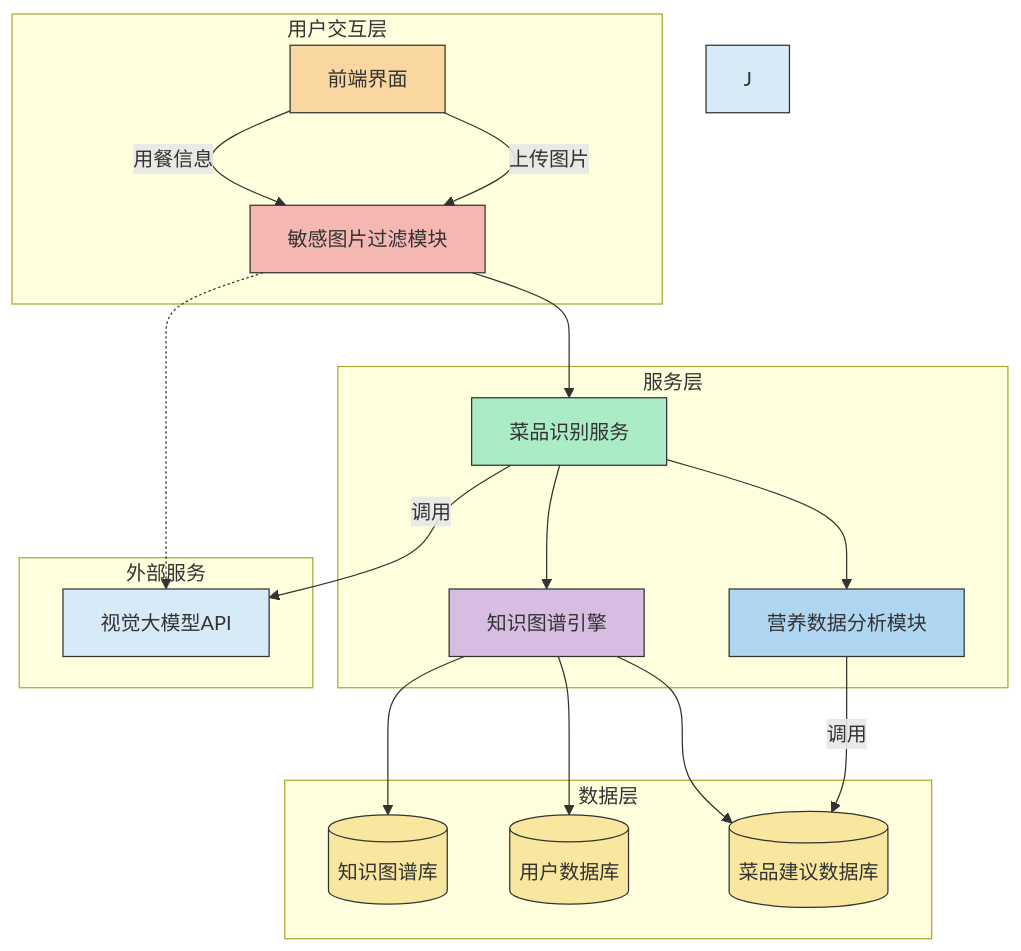
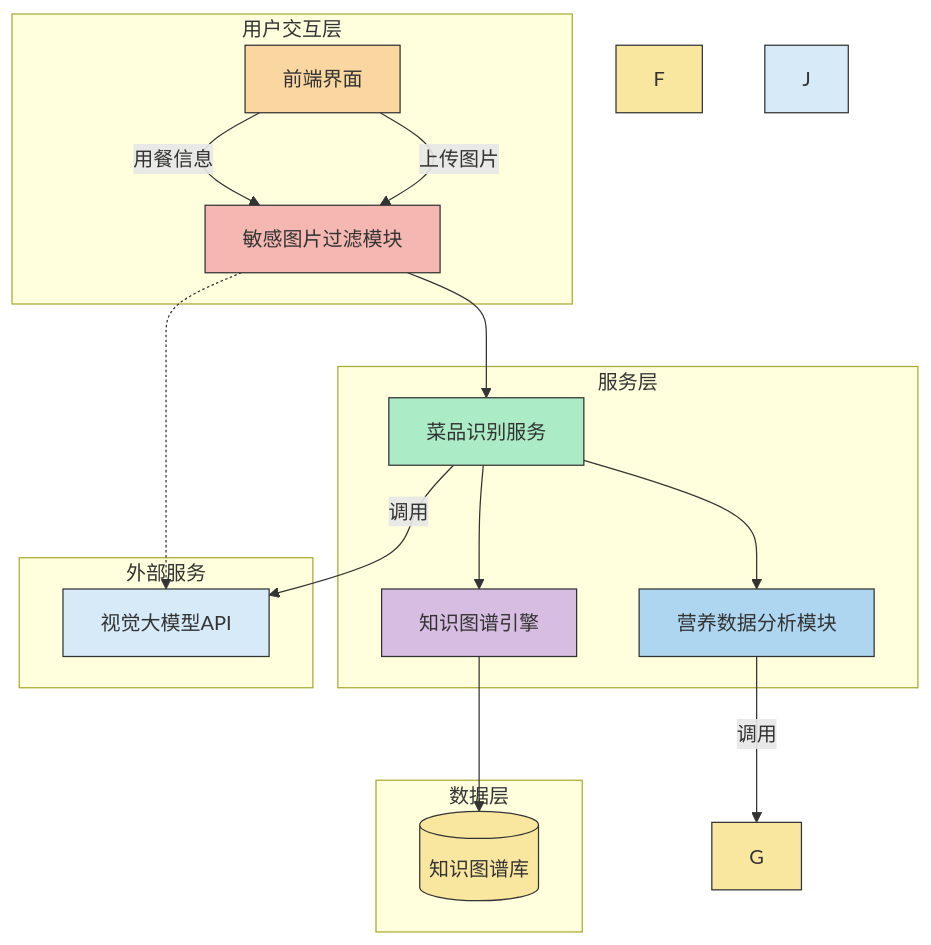
Before and after one commit to funnyData/iodraw-files: the diagram in all/未命名-1.md, drawn with Mermaid.

Commit message:
2025-03-19 16:53:24 update

````diff
--- a/all/未命名-1.md
+++ b/all/未命名-1.md
@@ -1,40 +1,40 @@
 ```mermaid
 %% 系统架构图（基于网页1/3/4/6的流程图语法优化）
 flowchart TD
     subgraph 用户交互层
         A[前端界面] -->|用餐信息| B[敏感图片过滤模块]
         style A fill:#FAD7A0,stroke:#333
         style B fill:#F5B7B1,stroke:#333
     end
 
     subgraph 服务层
         B --> C[菜品识别服务]
         
         C --> E[知识图谱引擎]
         C --> D[营养数据分析模块]
         style C fill:#ABEBC6,stroke:#333
         style D fill:#AED6F1,stroke:#333
         style E fill:#D7BDE2,stroke:#333
     end
 
     subgraph 数据层
         E --> H[(知识图谱库)]
-        E --> F[(用户数据库)]
-        E --> G[(菜品建议数据库)]
+        %% E --> F[(用户数据库)]
+        %% E --G[(菜品建议数据库)]
         
         style F fill:#F9E79F,stroke:#333,shape:cylinder
         style G fill:#F9E79F,stroke:#333,shape:cylinder
         style H fill:#F9E79F,stroke:#333,shape:cylinder
     end
 
     subgraph 外部服务
         B -.-> I[视觉大模型API]
         style I fill:#D6EAF8,stroke:#333
         style J fill:#D6EAF8,stroke:#333
     end
 
 
     A -->|上传图片| B
     C -->|调用| I
     D -->|调用| G
 ```
````
